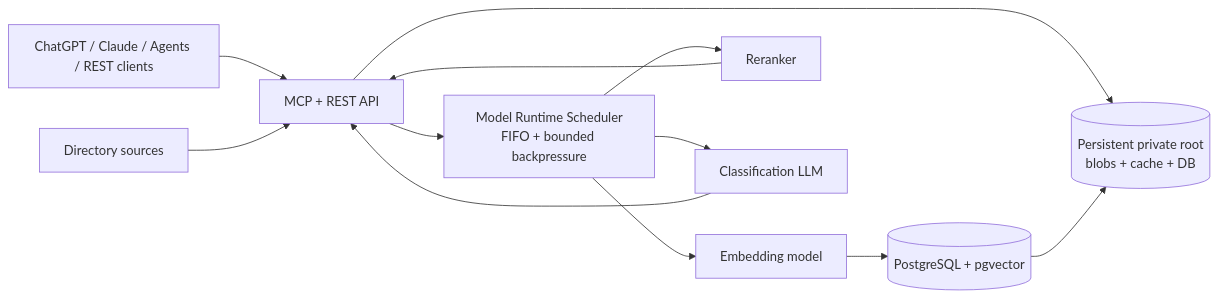
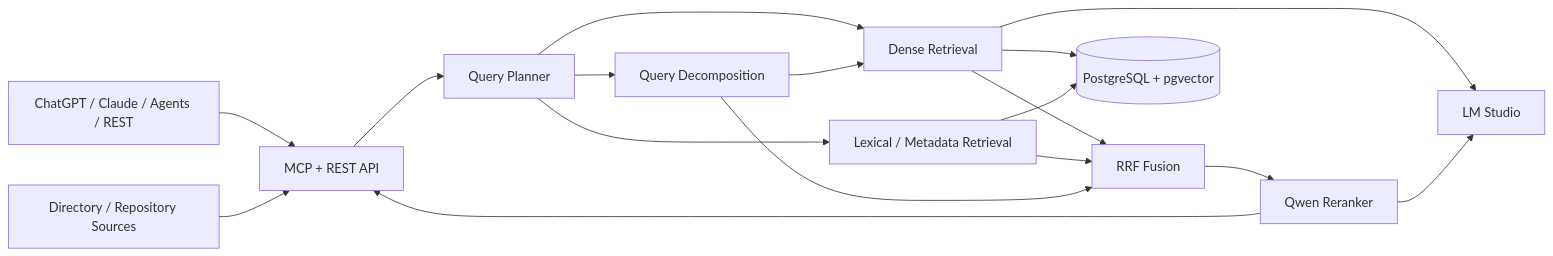
Before and after one commit to apinheiro99/rag-mcp: the first of 2 diagrams in README.md, drawn with Mermaid. The commit also changed other lines of this file and 7 other files, not shown here.

````diff
--- a/README.md
+++ b/README.md
@@ -44,24 +46,31 @@
 ```mermaid
 flowchart LR
-    U[ChatGPT / Claude / Agents / REST clients]
-    M[MCP + REST API]
-    Q[Model Runtime Scheduler\nFIFO + bounded backpressure]
-    E[Embedding model]
-    R[Reranker]
-    L[Classification LLM]
+    C[ChatGPT / Claude / Agents / REST]
+    A[MCP + REST API]
+    Q[Query Planner]
+    D[Dense Retrieval]
+    L[Lexical / Metadata Retrieval]
+    X[Query Decomposition]
+    F[RRF Fusion]
+    R[Qwen Reranker]
     P[(PostgreSQL + pgvector)]
-    D[(Persistent private root\nblobs + cache + DB)]
-    S[Directory sources]
+    M[LM Studio]
+    S[Directory / Repository Sources]
 
-    U --> M
-    M --> Q
-    Q --> E
-    Q --> R
+    C --> A
+    A --> Q
+    Q --> D
     Q --> L
-    E --> P
+    Q --> X
+    D --> P
+    L --> P
+    X --> D
+    D --> F
+    L --> F
+    X --> F
+    F --> R
+    R --> A
+    D --> M
     R --> M
-    L --> M
-    S --> M
-    M --> D
-    P --> D
+    S --> A
 ```
````
